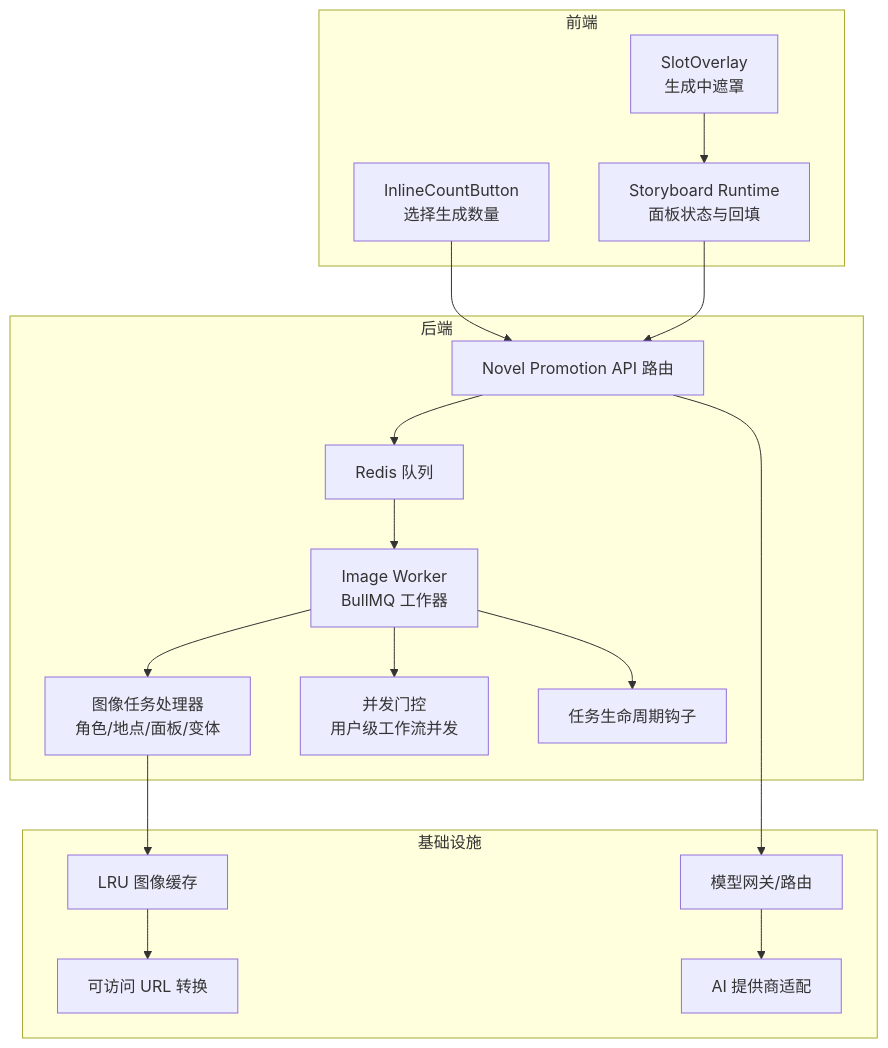
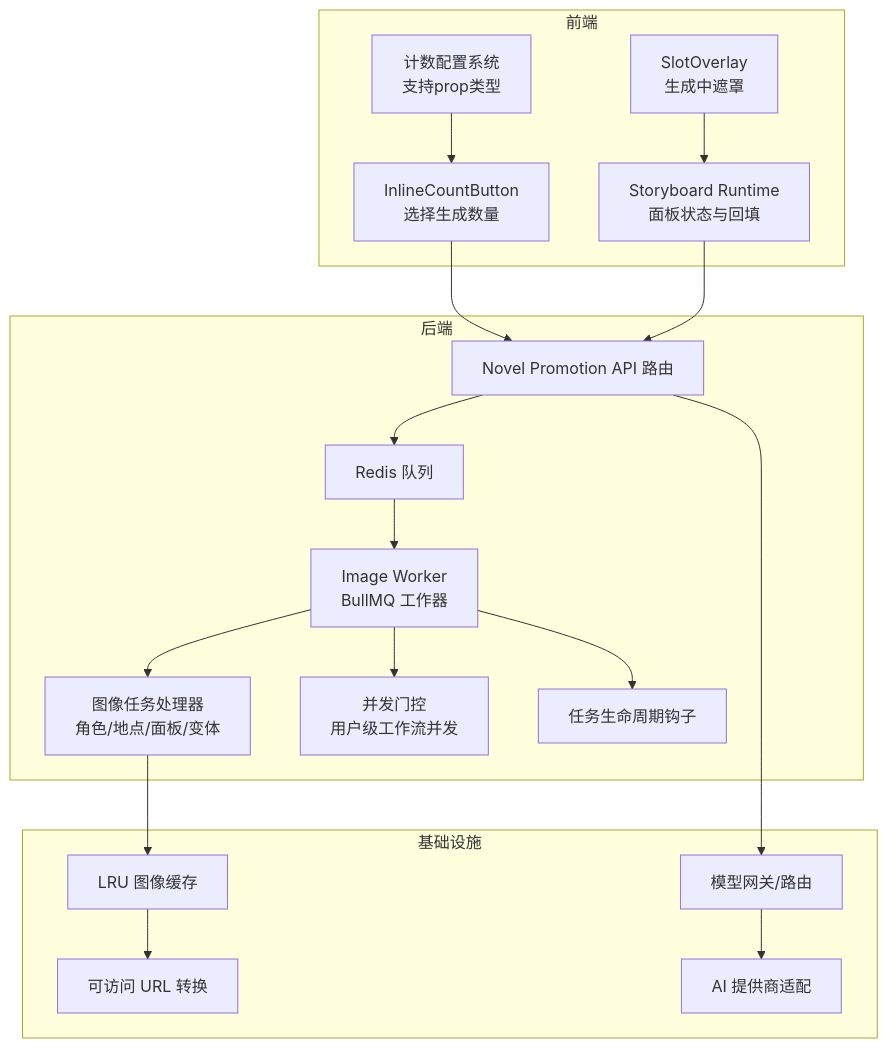
Before and after one commit to lyl2021/waoowaoo: the first of 8 diagrams in .qoder/repowiki/zh/content/小说推广工作流/图像生成集成.md, drawn with Mermaid. The commit also changed other lines of this file and 25 other files, not shown here.

First line of the commit message:
fix: 图片生成最高质量 4K 支持与 LLM 视觉调用网络修复

````diff
--- a/.qoder/repowiki/zh/content/小说推广工作流/图像生成集成.md
+++ b/.qoder/repowiki/zh/content/小说推广工作流/图像生成集成.md
@@ -102,34 +113,36 @@
 ```mermaid
 graph TB
 subgraph "前端"
 UI_Count["InlineCountButton<br/>选择生成数量"]
 UI_Overlay["SlotOverlay<br/>生成中遮罩"]
 Runtime["Storyboard Runtime<br/>面板状态与回填"]
+CountConfig["计数配置系统<br/>支持prop类型"]
 end
 subgraph "后端"
 API["Novel Promotion API 路由"]
 Worker["Image Worker<br/>BullMQ 工作器"]
 Handlers["图像任务处理器<br/>角色/地点/面板/变体"]
 Queue["Redis 队列"]
 Concurrency["并发门控<br/>用户级工作流并发"]
 Shared["任务生命周期钩子"]
 end
 subgraph "基础设施"
 Cache["LRU 图像缓存"]
 Storage["可访问 URL 转换"]
 Gateway["模型网关/路由"]
 Providers["AI 提供商适配"]
 end
 UI_Count --> API
 UI_Overlay --> Runtime
 Runtime --> API
 API --> Queue
 Queue --> Worker
 Worker --> Handlers
 Worker --> Concurrency
 Worker --> Shared
 Handlers --> Cache
 Cache --> Storage
 API --> Gateway
 Gateway --> Providers
+CountConfig --> UI_Count
 ```
````
